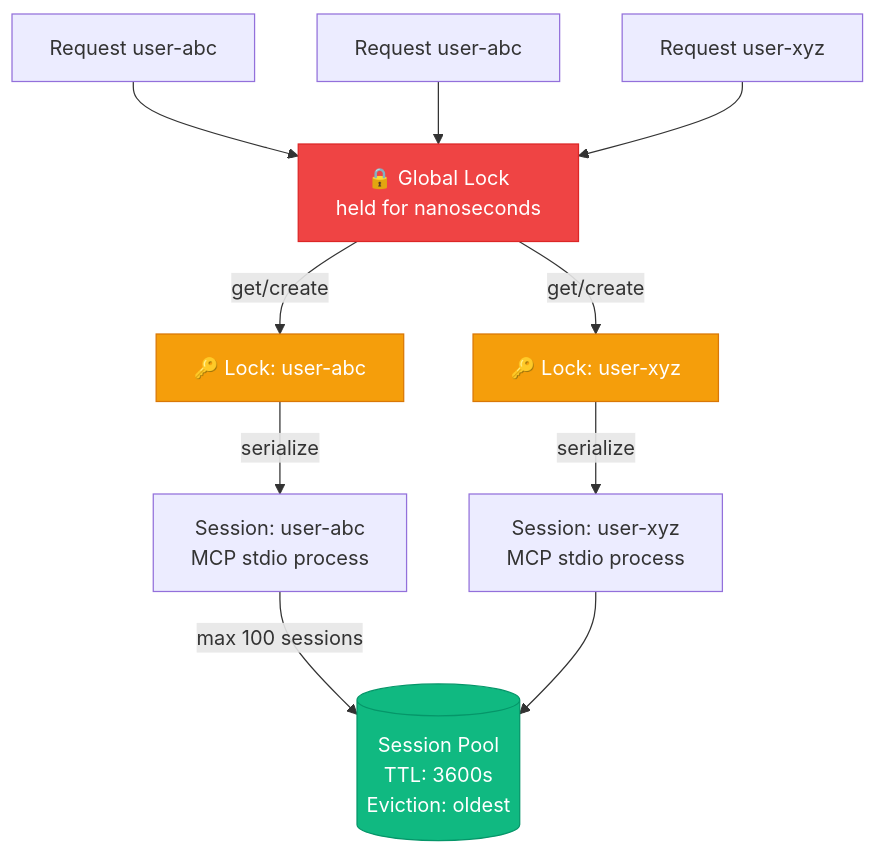
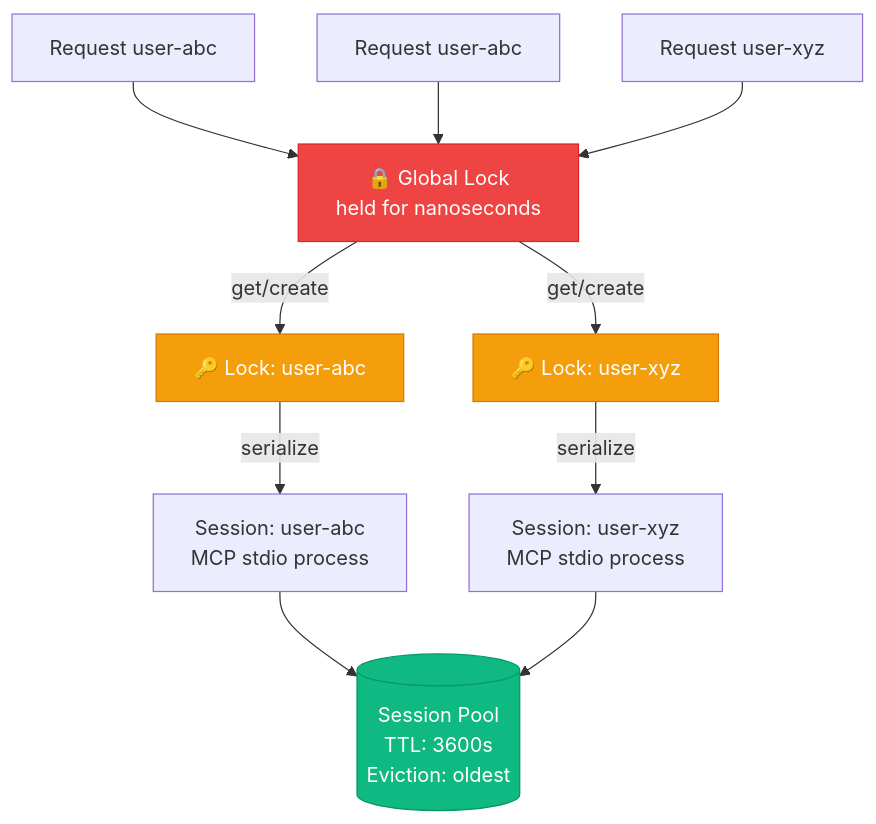
One commit to mkbhardwas12/mcp-bridgekit changed the fourth of 5 diagrams in README.md. Above: the diagram before and after it, drawn with Mermaid.

Commit message:
docs: remove hardcoded max 100 sessions label from concurrency diagram

````diff
--- a/README.md
+++ b/README.md
@@ -414,22 +414,22 @@
 ```mermaid
 graph TD
     R1[Request user-abc] --> GL
     R2[Request user-abc] --> GL
     R3[Request user-xyz] --> GL
 
     GL[🔒 Global Lock\nheld for nanoseconds]
 
     GL -->|get/create| UL1[🔑 Lock: user-abc]
     GL -->|get/create| UL2[🔑 Lock: user-xyz]
 
     UL1 -->|serialize| S1[Session: user-abc\nMCP stdio process]
     UL2 -->|serialize| S2[Session: user-xyz\nMCP stdio process]
 
-    S1 -->|max 100 sessions| POOL[(Session Pool\nTTL: 3600s\nEviction: oldest)]
+    S1 --> POOL[(Session Pool\nTTL: 3600s\nEviction: oldest)]
     S2 --> POOL
 
     style GL fill:#ef4444,stroke:#dc2626,color:#fff
     style UL1 fill:#f59e0b,stroke:#d97706,color:#fff
     style UL2 fill:#f59e0b,stroke:#d97706,color:#fff
     style POOL fill:#10b981,stroke:#059669,color:#fff
 ```
````
